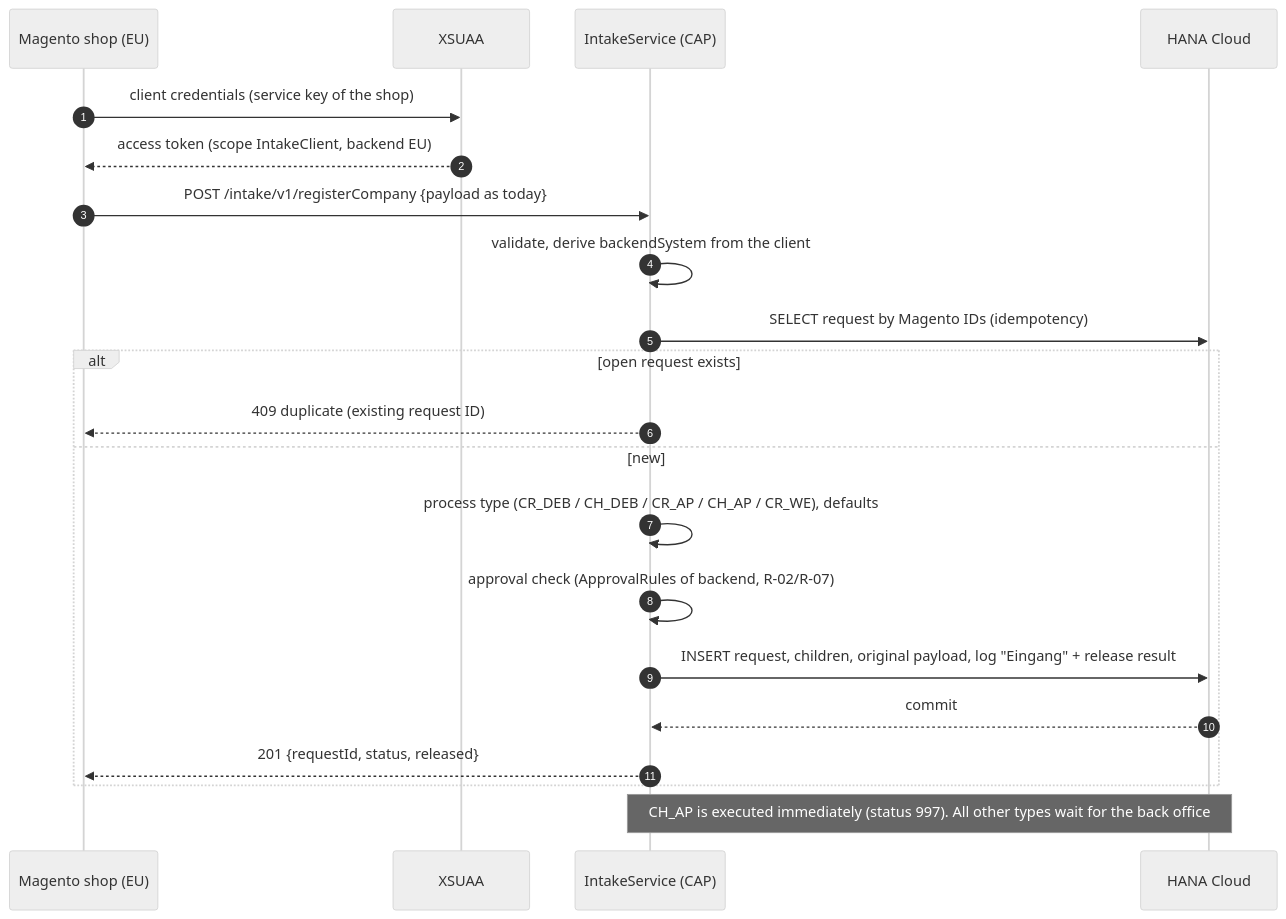
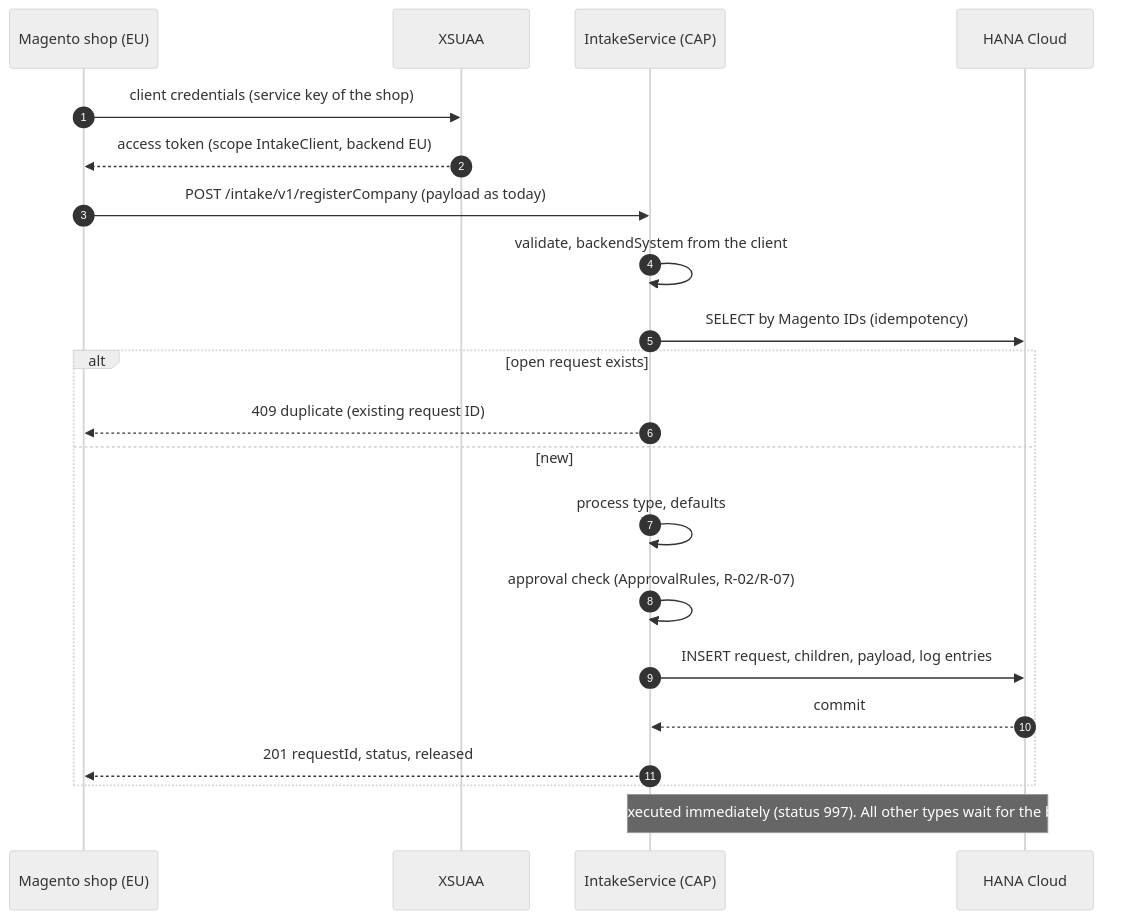
The eighth of 16 diagrams in docs/12_solution_design.md (igorvorobevde/btp-cust-monitor), drawn with Mermaid (neutral theme) before and after one commit. The commit also changed other lines of this file and 2 other files, not shown here.

First line of the commit message:
docs: Word version of the solution design (docs/12) with landscape pages for wide diagrams

````diff
--- a/docs/12_solution_design.md
+++ b/docs/12_solution_design.md
@@ -469,23 +466,23 @@
 ```mermaid
 sequenceDiagram
   autonumber
   participant M as Magento shop (EU)
   participant X as XSUAA
   participant I as IntakeService (CAP)
   participant H as HANA Cloud
   M->>X: client credentials (service key of the shop)
   X-->>M: access token (scope IntakeClient, backend EU)
-  M->>I: POST /intake/v1/registerCompany {payload as today}
-  I->>I: validate, derive backendSystem from the client
-  I->>H: SELECT request by Magento IDs (idempotency)
+  M->>I: POST /intake/v1/registerCompany (payload as today)
+  I->>I: validate, backendSystem from the client
+  I->>H: SELECT by Magento IDs (idempotency)
   alt open request exists
     I-->>M: 409 duplicate (existing request ID)
   else new
-    I->>I: process type (CR_DEB / CH_DEB / CR_AP / CH_AP / CR_WE), defaults
-    I->>I: approval check (ApprovalRules of backend, R-02/R-07)
-    I->>H: INSERT request, children, original payload, log "Eingang" + release result
+    I->>I: process type, defaults
+    I->>I: approval check (ApprovalRules, R-02/R-07)
+    I->>H: INSERT request, children, payload, log entries
     H-->>I: commit
-    I-->>M: 201 {requestId, status, released}
+    I-->>M: 201 requestId, status, released
   end
   Note over I,H: CH_AP is executed immediately (status 997). All other types wait for the back office
 ```
````
